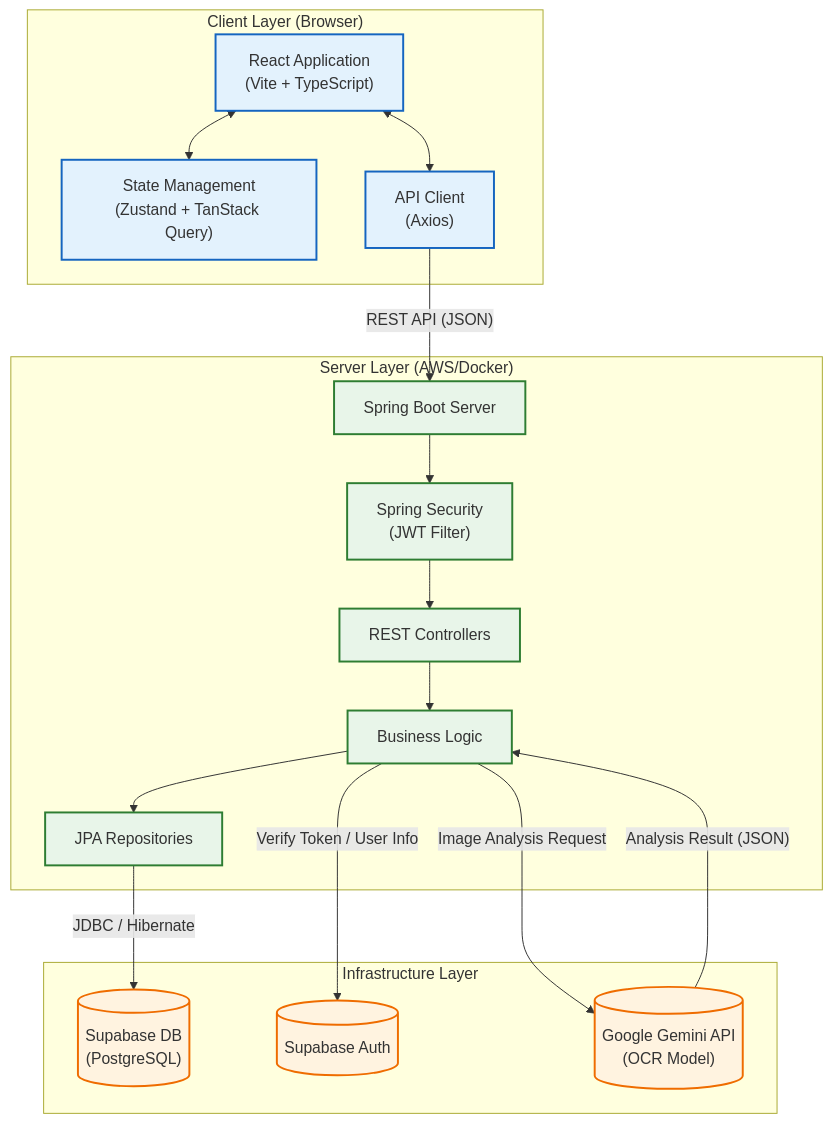
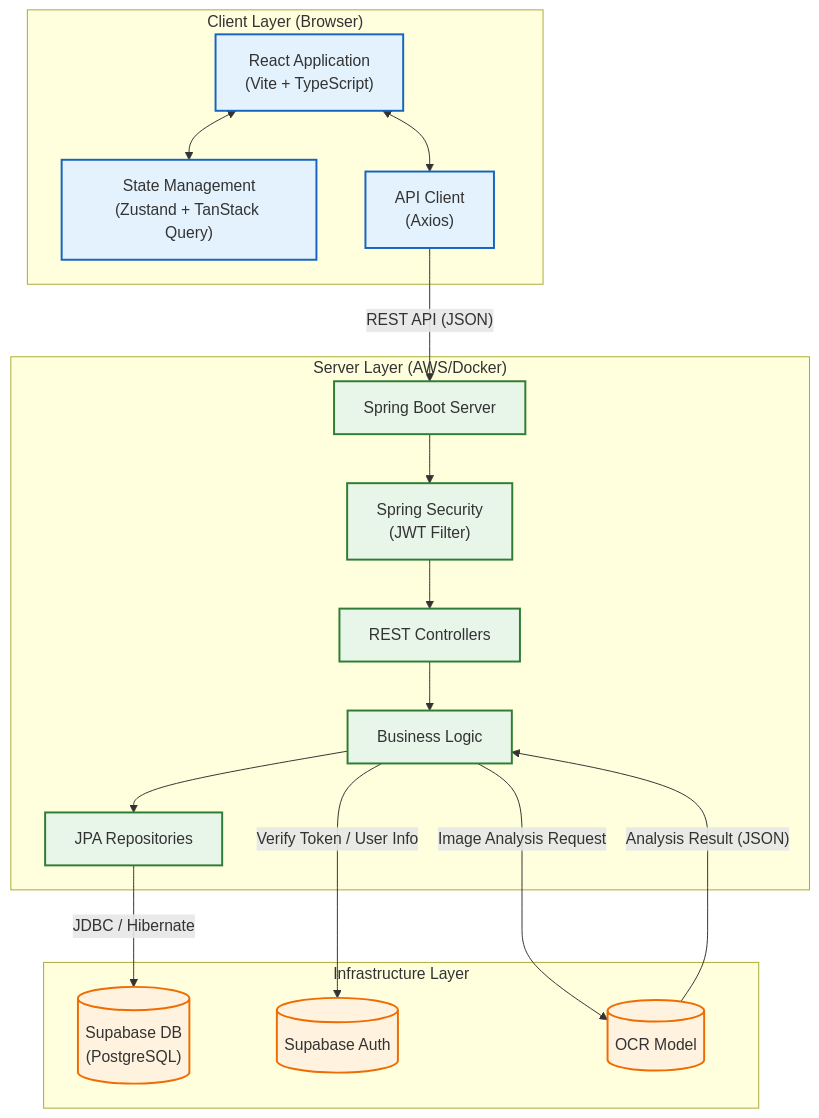
The diagram in docs/system_architecture.md (taejinchoi-cbnu/CBNU-25-2-OpenSource-Dev-Project), drawn with Mermaid before and after one commit. The commit also changed other lines of this file and 3 other files, not shown here.

````diff
--- a/docs/system_architecture.md
+++ b/docs/system_architecture.md
@@ -5,52 +5,49 @@
 ```mermaid
-graph TD
-    subgraph Client ["Client Layer (Browser)"]
-        ReactApp["React Application<br/>(Vite + TypeScript)"]
-        Zustand["State Management<br/>(Zustand + TanStack Query)"]
-        Axios["API Client<br/>(Axios)"]
-        
-        ReactApp <--> Zustand
-        ReactApp <--> Axios
-    end
-
-    subgraph Server ["Server Layer (AWS/Docker)"]
+---
+config:
+  theme: default
+---
+flowchart TB
+ subgraph Client["Client Layer (Browser)"]
+        ReactApp["React Application<br>(Vite + TypeScript)"]
+        Zustand["State Management<br>(Zustand + TanStack Query)"]
+        Axios["API Client<br>(Axios)"]
+  end
+ subgraph Server["Server Layer (AWS/Docker)"]
         SpringBoot["Spring Boot Server"]
-        Security["Spring Security<br/>(JWT Filter)"]
+        Security["Spring Security<br>(JWT Filter)"]
         Controller["REST Controllers"]
         Service["Business Logic"]
         Repository["JPA Repositories"]
-        
-        SpringBoot --> Security
-        Security --> Controller
-        Controller --> Service
-        Service --> Repository
-    end
+  end
+ subgraph Infrastructure["Infrastructure Layer"]
+        DB[("Supabase DB<br>(PostgreSQL)")]
+        Auth[("Supabase Auth")]
+        Gemini[("OCR Model")]
+  end
+    ReactApp <--> Zustand & Axios
+    SpringBoot --> Security
+    Security --> Controller
+    Controller --> Service
+    Service --> Repository
+    Axios -- REST API (JSON) --> SpringBoot
+    Service -- Verify Token / User Info --> Auth
+    Repository -- JDBC / Hibernate --> DB
+    Service -- Image Analysis Request --> Gemini
+    Gemini -- Analysis Result (JSON) --> Service
 
-    subgraph Infrastructure ["Infrastructure Layer"]
-        DB[("Supabase DB<br/>(PostgreSQL)")]
-        Auth[("Supabase Auth")]
-        Gemini[("Google Gemini API<br/>(OCR Model)")]
-    end
-
-    %% Data Flow
-    Axios -- "REST API (JSON)" --> SpringBoot
-    
-    %% Auth Flow
-    Service -- "Verify Token / User Info" --> Auth
-    
-    %% DB Flow
-    Repository -- "JDBC / Hibernate" --> DB
-    
-    %% AI Flow
-    Service -- "Image Analysis Request" --> Gemini
-    Gemini -- "Analysis Result (JSON)" --> Service
-
-    %% Styling
-    classDef client fill:#e3f2fd,stroke:#1565c0,stroke-width:2px;
-    classDef server fill:#e8f5e9,stroke:#2e7d32,stroke-width:2px;
-    classDef infra fill:#fff3e0,stroke:#ef6c00,stroke-width:2px;
-    
-    class ReactApp,Zustand,Axios client;
-    class SpringBoot,Security,Controller,Service,Repository server;
-    class DB,Auth,Gemini infra;
+     ReactApp:::client
+     Zustand:::client
+     Axios:::client
+     SpringBoot:::server
+     Security:::server
+     Controller:::server
+     Service:::server
+     Repository:::server
+     DB:::infra
+     Auth:::infra
+     Gemini:::infra
+    classDef client fill:#e3f2fd,stroke:#1565c0,stroke-width:2px
+    classDef server fill:#e8f5e9,stroke:#2e7d32,stroke-width:2px
+    classDef infra fill:#fff3e0,stroke:#ef6c00,stroke-width:2px
 ```
````
